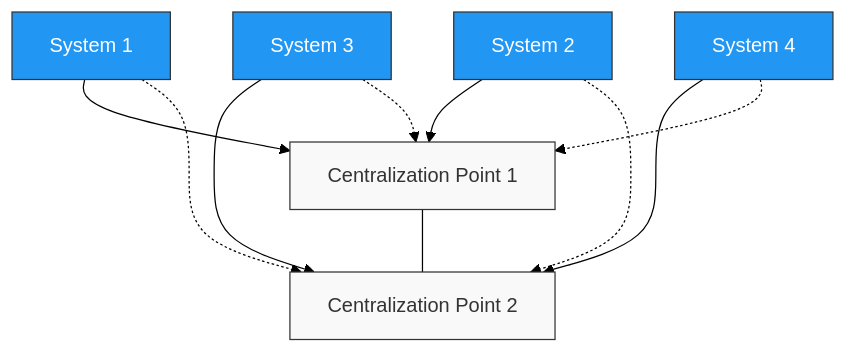
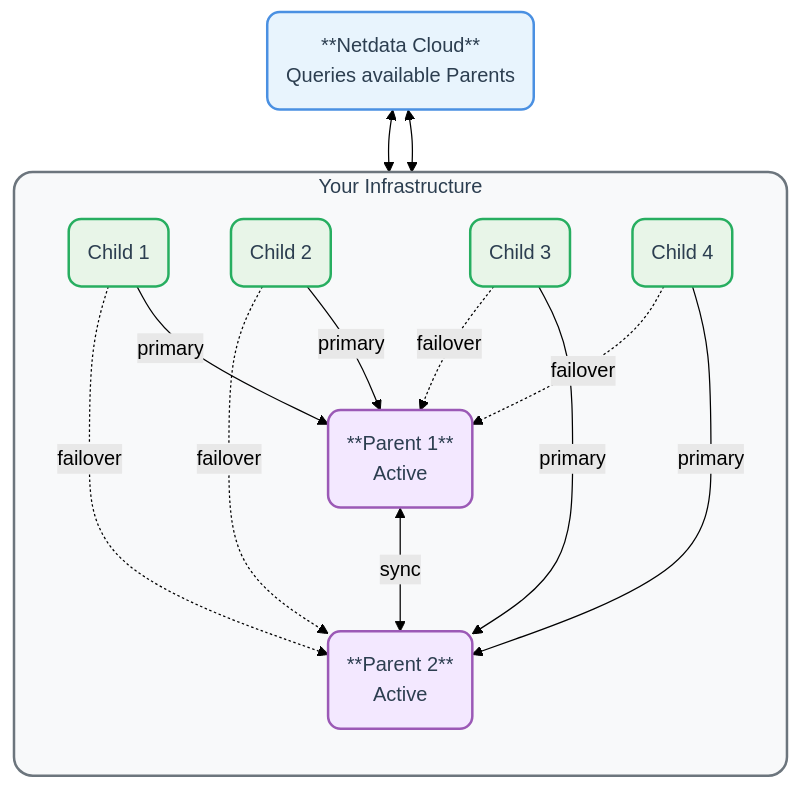
The second of 2 diagrams in docs/observability-centralization-points/README.md (netdata/netdata), drawn with Mermaid (forest theme) before and after one commit. The commit also changed other lines of this file and 7 other files, not shown here.

````diff
--- a/docs/observability-centralization-points/README.md
+++ b/docs/observability-centralization-points/README.md
@@ -61,20 +141,49 @@
 ```mermaid
-graph TD
-    CP1[Centralization Point 1] --- CP2[Centralization Point 2]
+flowchart TB
+    NC[NC]
     
-    S1[System 1] --> CP1
-    S2[System 2] --> CP1
-    S3[System 3] --> CP2
-    S4[System 4] --> CP2
+    NC("**Netdata Cloud**<br/>Queries available Parents")
     
-    S1 -.-> CP2
-    S2 -.-> CP2
-    S3 -.-> CP1
-    S4 -.-> CP1
+    subgraph infrastructure["Your Infrastructure"]
+        direction TB
+        
+        P1[P1]
+        P2[P2]
+        C1[C1]
+        C2[C2]
+        C3[C3]
+        C4[C4]
+        
+        P1("**Parent 1**<br/>Active")
+        P2("**Parent 2**<br/>Active")
+        C1("Child 1")
+        C2("Child 2")
+        C3("Child 3")
+        C4("Child 4")
+        
+        C1 -->|primary| P1
+        C2 -->|primary| P1
+        C3 -->|primary| P2
+        C4 -->|primary| P2
+        
+        C1 -.->|failover| P2
+        C2 -.->|failover| P2
+        C3 -.->|failover| P1
+        C4 -.->|failover| P1
+        
+        P1 <-->|sync| P2
+    end
     
-classDef default fill:#f9f9f9,stroke:#333,stroke-width:1px,color:#333;
-classDef green fill:#4caf50,stroke:#333,stroke-width:1px,color:black;
-classDef blue fill:#2196F3,stroke:#333,stroke-width:1px,color:white;
-class CP1,CP2 default;
-class S1,S2,S3,S4 blue;
+    NC <--> P1
+    NC <--> P2
+    
+    classDef cloud fill:#e8f4fd,stroke:#4a90e2,stroke-width:2px,color:#2c3e50,rx:10,ry:10
+    classDef parent fill:#f3e8ff,stroke:#9b59b6,stroke-width:2px,color:#2c3e50,rx:10,ry:10
+    classDef child fill:#e8f5e8,stroke:#27ae60,stroke-width:2px,color:#2c3e50,rx:10,ry:10
+    classDef subgraphStyle fill:#f8f9fa,stroke:#6c757d,stroke-width:2px,color:#2c3e50,rx:15,ry:15
+    
+    class NC cloud
+    class P1,P2 parent
+    class C1,C2,C3,C4 child
+    class infrastructure subgraphStyle
 ```
````
